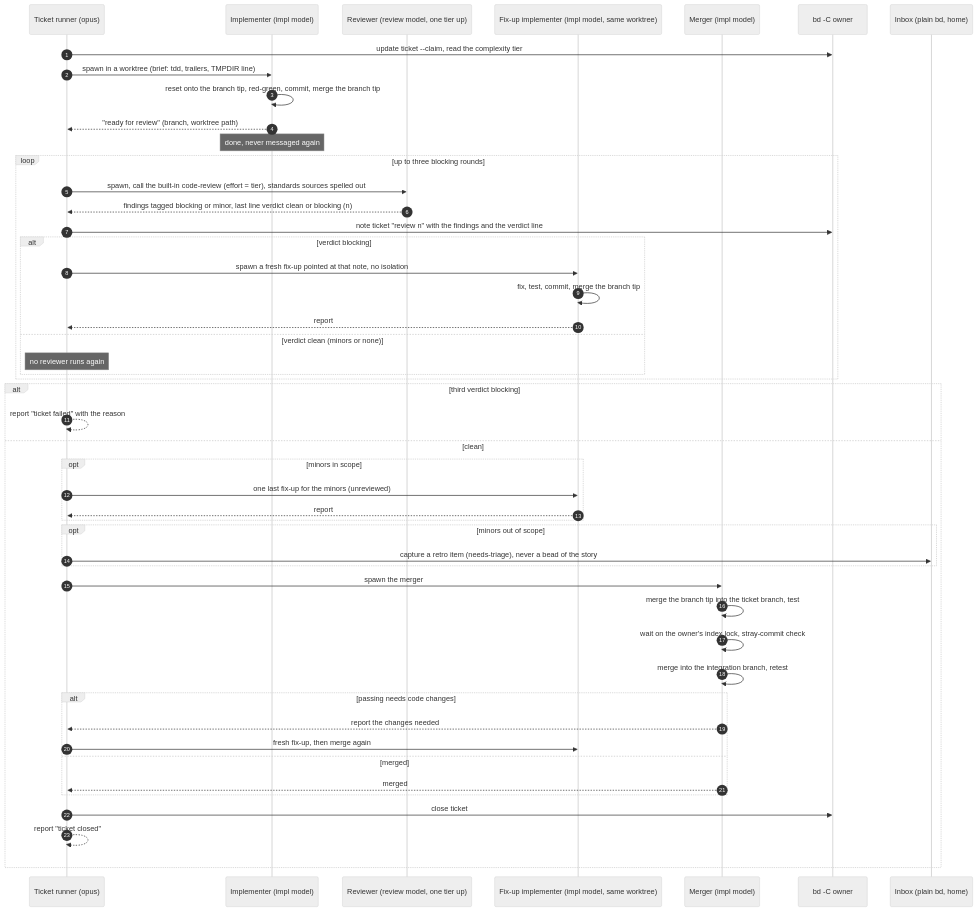
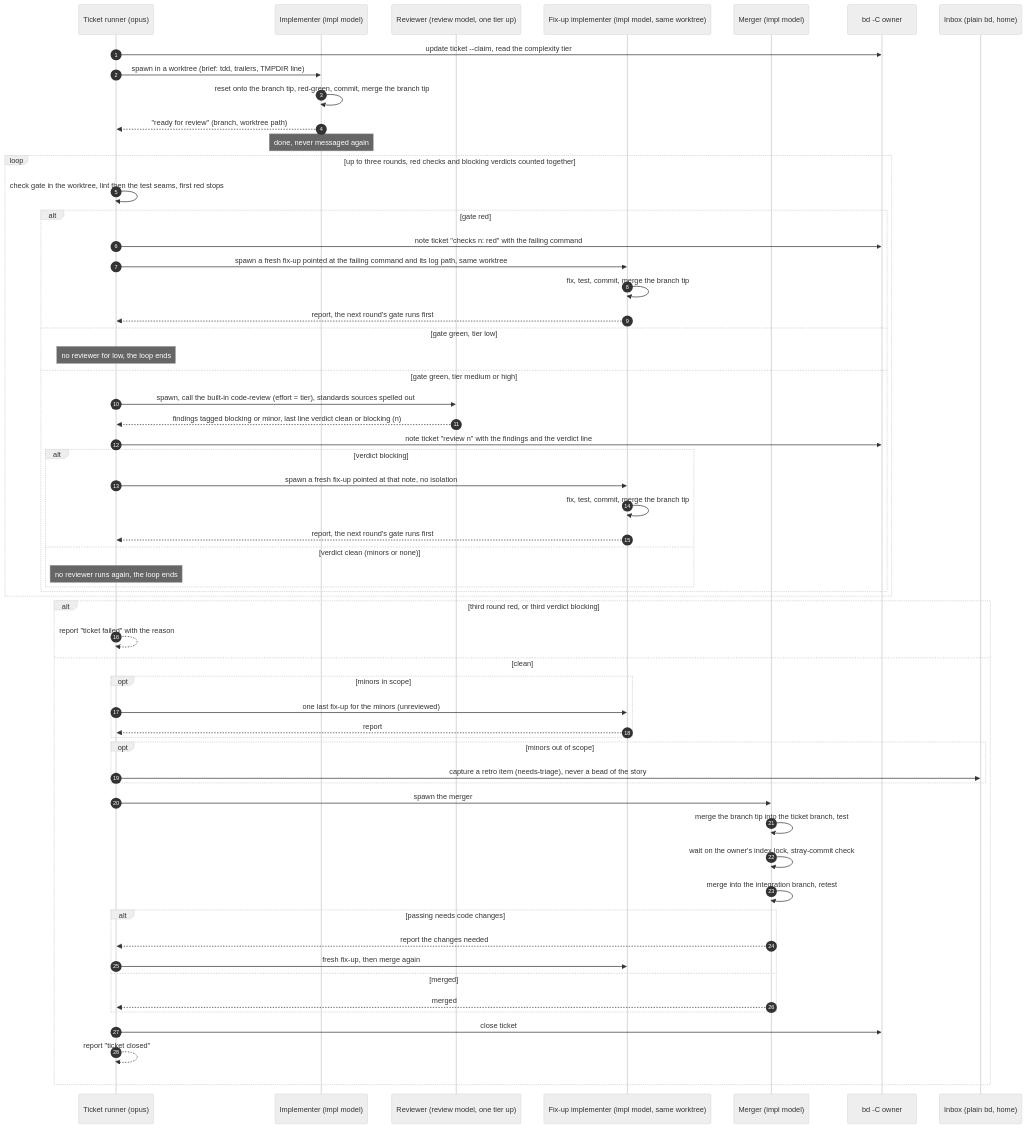
Before and after one commit to kai-matsuda/claude-dev-plugin: the first of 3 diagrams in docs/SEQUENCES.md, drawn with Mermaid (neutral theme). The commit also changed other lines of this file, not shown here.

Commit message:
docs(sequences): draw the check gate at both levels
Bead: dev-cq0.1.7
Refs: INFRA-31
Claude-Session: https://claude.ai/code/session_01TNqkEWjxsmpxhBs1aYXc4J

````diff
--- a/docs/SEQUENCES.md
+++ b/docs/SEQUENCES.md
@@ -24,54 +24,64 @@
 ```mermaid
 sequenceDiagram
     autonumber
     participant R as Ticket runner (opus)
     participant I as Implementer (impl model)
     participant V as Reviewer (review model, one tier up)
     participant F as Fix-up implementer (impl model, same worktree)
     participant M as Merger (impl model)
     participant BD as bd -C owner
     participant IN as Inbox (plain bd, home)
 
     R->>BD: update ticket --claim, read the complexity tier
     R->>I: spawn in a worktree (brief: tdd, trailers, TMPDIR line)
     I->>I: reset onto the branch tip, red-green, commit, merge the branch tip
     I-->>R: "ready for review" (branch, worktree path)
     Note over I: done, never messaged again
 
-    loop up to three blocking rounds
-        R->>V: spawn, call the built-in code-review (effort = tier), standards sources spelled out
-        V-->>R: findings tagged blocking or minor, last line verdict clean or blocking (n)
-        R->>BD: note ticket "review n" with the findings and the verdict line
-        alt verdict blocking
-            R->>F: spawn a fresh fix-up pointed at that note, no isolation
+    loop up to three rounds, red checks and blocking verdicts counted together
+        R->>R: check gate in the worktree, lint then the test seams, first red stops
+        alt gate red
+            R->>BD: note ticket "checks n: red" with the failing command
+            R->>F: spawn a fresh fix-up pointed at the failing command and its log path, same worktree
             F->>F: fix, test, commit, merge the branch tip
-            F-->>R: report
-        else verdict clean (minors or none)
-            Note over R: no reviewer runs again
+            F-->>R: report, the next round's gate runs first
+        else gate green, tier low
+            Note over R: no reviewer for low, the loop ends
+        else gate green, tier medium or high
+            R->>V: spawn, call the built-in code-review (effort = tier), standards sources spelled out
+            V-->>R: findings tagged blocking or minor, last line verdict clean or blocking (n)
+            R->>BD: note ticket "review n" with the findings and the verdict line
+            alt verdict blocking
+                R->>F: spawn a fresh fix-up pointed at that note, no isolation
+                F->>F: fix, test, commit, merge the branch tip
+                F-->>R: report, the next round's gate runs first
+            else verdict clean (minors or none)
+                Note over R: no reviewer runs again, the loop ends
+            end
         end
     end
 
-    alt third verdict blocking
+    alt third round red, or third verdict blocking
         R-->>R: report "ticket failed" with the reason
     else clean
         opt minors in scope
             R->>F: one last fix-up for the minors (unreviewed)
             F-->>R: report
         end
         opt minors out of scope
             R->>IN: capture a retro item (needs-triage), never a bead of the story
         end
         R->>M: spawn the merger
         M->>M: merge the branch tip into the ticket branch, test
         M->>M: wait on the owner's index.lock, stray-commit check
         M->>M: merge into the integration branch, retest
         alt passing needs code changes
             M-->>R: report the changes needed
             R->>F: fresh fix-up, then merge again
         else merged
             M-->>R: merged
         end
         R->>BD: close ticket
         R-->>R: report "ticket closed"
     end
 ```
````
